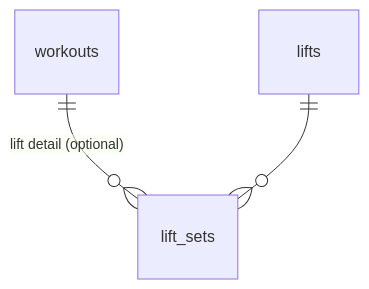
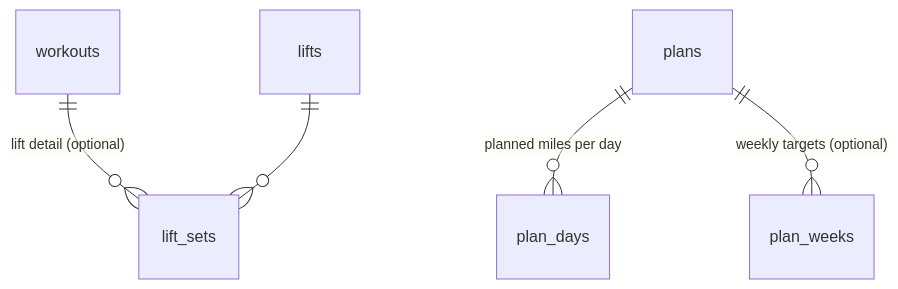
One commit to connor-ruff/disci changed the diagram in docs/db/training.md. Above: the diagram before and after it, drawn with Mermaid. The commit also changed other lines of this file and 44 other files, not shown here.

````diff
--- a/docs/db/training.md
+++ b/docs/db/training.md
@@ -20,5 +21,7 @@
 ```mermaid
 erDiagram
     workouts ||--o{ lift_sets : "lift detail (optional)"
     lifts ||--o{ lift_sets : ""
+    plans ||--o{ plan_days : "planned miles per day"
+    plans ||--o{ plan_weeks : "weekly targets (optional)"
 ```
````
